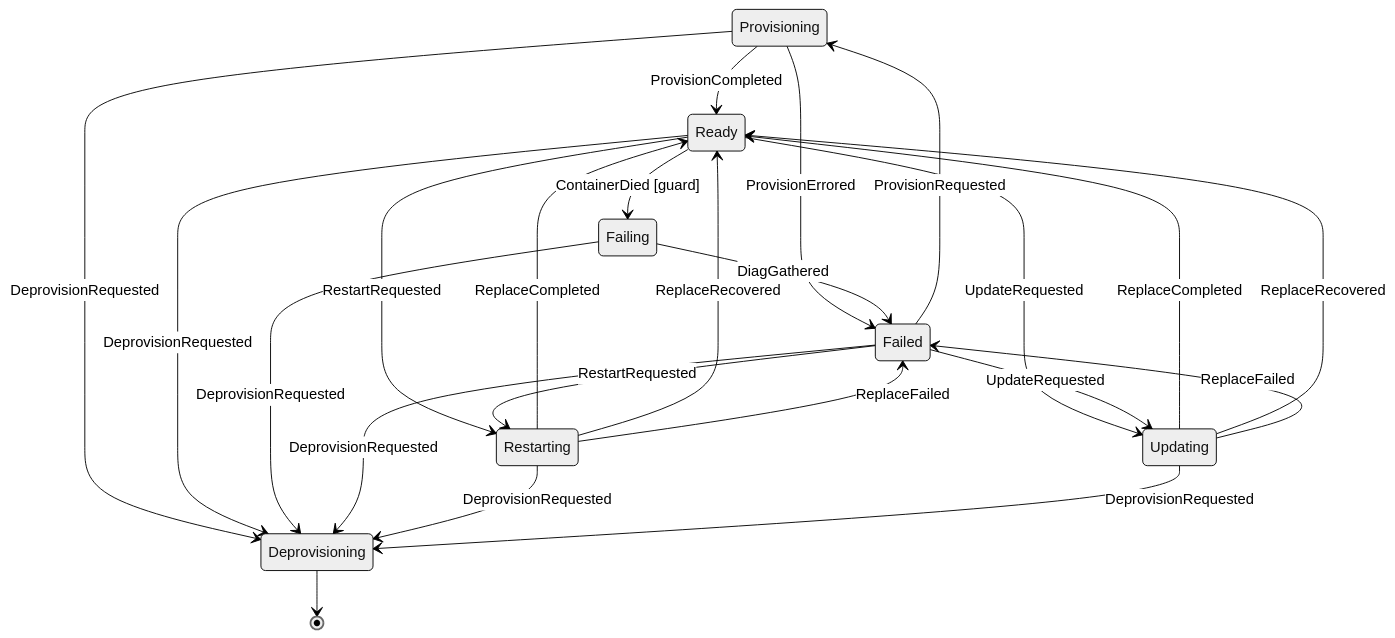
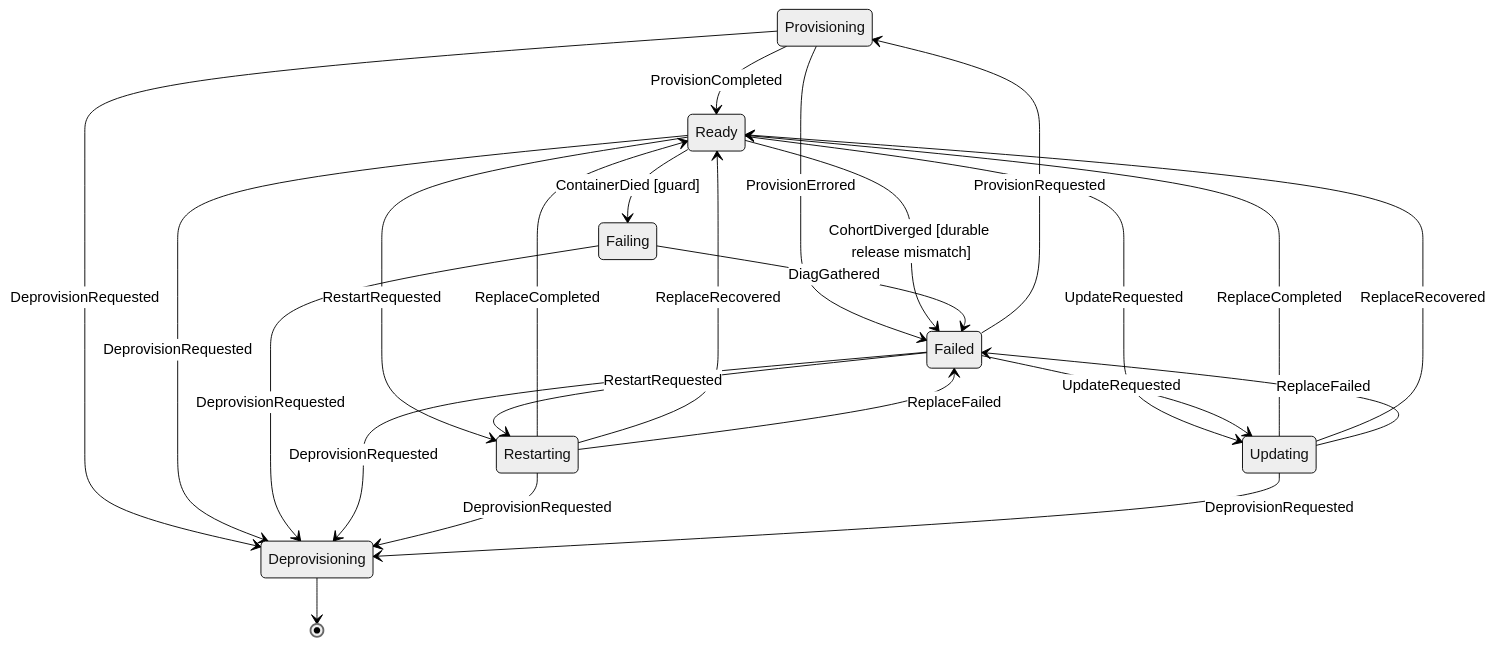
The diagram in internal/backend/docker/README.md (manifest-network/fred), drawn with Mermaid (neutral theme) before and after one commit. The commit also changed other lines of this file and 835 other files, not shown here.

````diff
--- a/internal/backend/docker/README.md
+++ b/internal/backend/docker/README.md
@@ -386,31 +932,32 @@
 ```mermaid
 stateDiagram-v2
     Provisioning --> Ready: ProvisionCompleted
     Provisioning --> Failed: ProvisionErrored
     Provisioning --> Deprovisioning: DeprovisionRequested
 
     Ready --> Failing: ContainerDied [guard]
+    Ready --> Failed: CohortDiverged [durable release mismatch]
     Ready --> Deprovisioning: DeprovisionRequested
     Ready --> Restarting: RestartRequested
     Ready --> Updating: UpdateRequested
 
     Failing --> Failed: DiagGathered
     Failing --> Deprovisioning: DeprovisionRequested
 
     Failed --> Provisioning: ProvisionRequested
     Failed --> Restarting: RestartRequested
     Failed --> Updating: UpdateRequested
     Failed --> Deprovisioning: DeprovisionRequested
 
     Restarting --> Ready: ReplaceCompleted
     Restarting --> Ready: ReplaceRecovered
     Restarting --> Failed: ReplaceFailed
     Restarting --> Deprovisioning: DeprovisionRequested
 
     Updating --> Ready: ReplaceCompleted
     Updating --> Ready: ReplaceRecovered
     Updating --> Failed: ReplaceFailed
     Updating --> Deprovisioning: DeprovisionRequested
 
     Deprovisioning --> [*]
 ```
````
